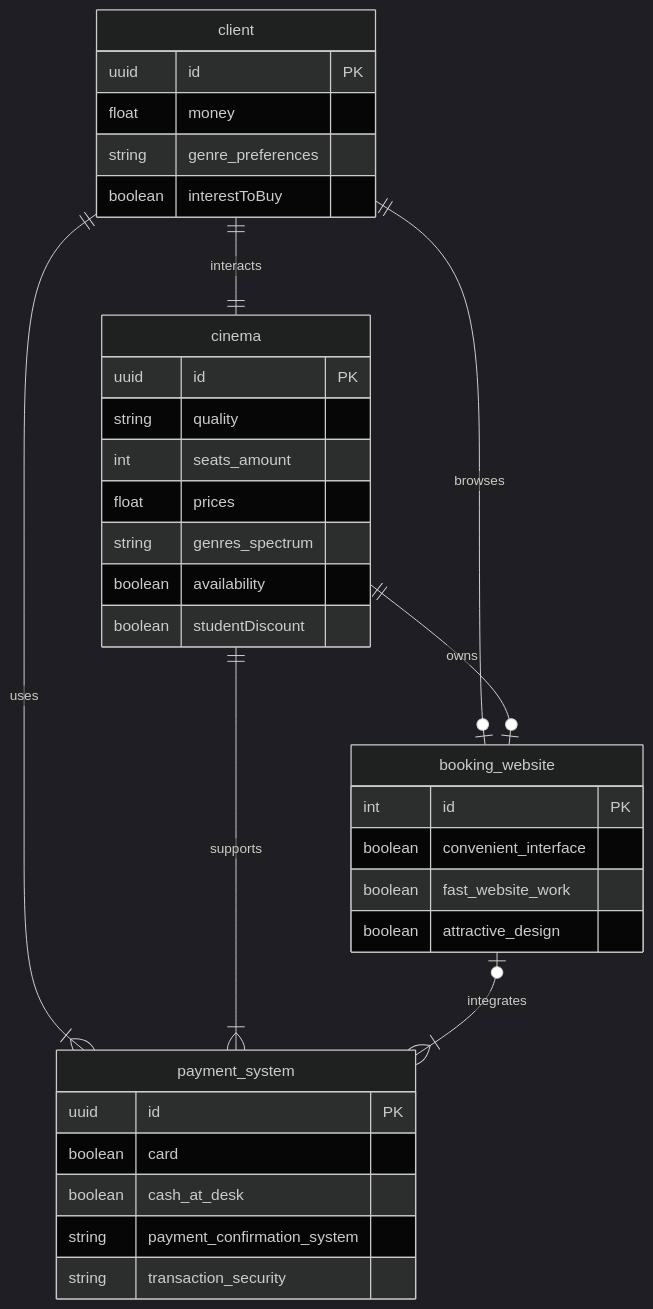
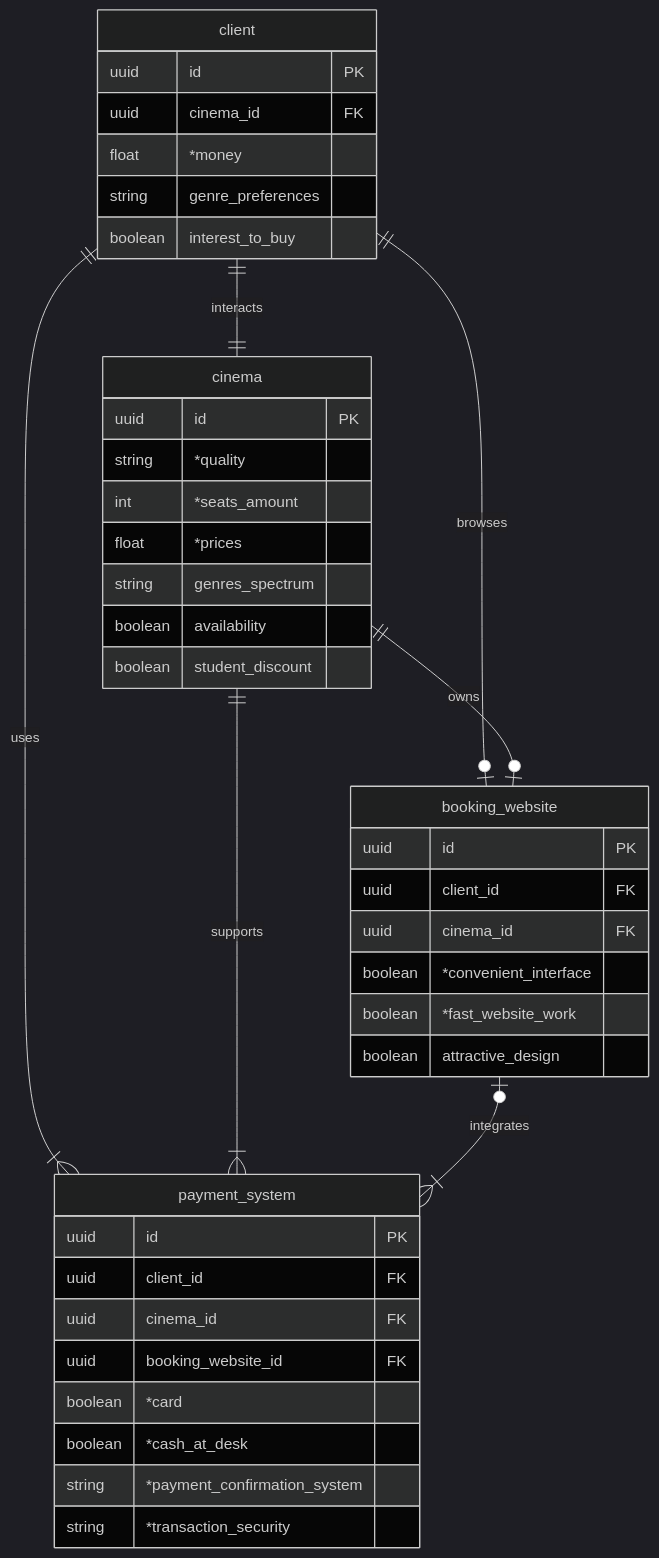
One commit to Cheburek534/KPI2_labs changed the diagram in Lab1/model.mmd. Above: the diagram before and after it, drawn with Mermaid (dark theme).

Commit message:
Updated ER-model(AI)

```diff
--- a/Lab1/model.mmd
+++ b/Lab1/model.mmd
@@ -1,36 +1,42 @@
 erDiagram
     client ||--|| cinema : interacts
+    client ||--o| booking_website : browses
+    cinema ||--o| booking_website : owns
     client ||--|{ payment_system : uses
-    client ||--o| booking_website : browses
     cinema ||--|{ payment_system : supports
-    cinema ||--o| booking_website : owns
     booking_website o|--|{ payment_system : integrates
 
     client {
         uuid id PK
-        float money
+        uuid cinema_id FK
+        float *money
         string genre_preferences
-        boolean interestToBuy
+        boolean interest_to_buy
     }
     cinema {
         uuid id PK
-        string quality
-        int seats_amount
-        float prices
+        string *quality
+        int *seats_amount
+        float *prices
         string genres_spectrum
         boolean availability
-        boolean studentDiscount
+        boolean student_discount
     }
     payment_system {
         uuid id PK
-        boolean card
-        boolean cash_at_desk
-        string payment_confirmation_system
-        string transaction_security
+        uuid client_id FK
+        uuid cinema_id FK
+        uuid booking_website_id FK
+        boolean *card
+        boolean *cash_at_desk
+        string *payment_confirmation_system
+        string *transaction_security
     }
     booking_website {
-        int id PK
-        boolean convenient_interface
-        boolean fast_website_work
+        uuid id PK
+        uuid client_id FK
+        uuid cinema_id FK
+        boolean *convenient_interface
+        boolean *fast_website_work
         boolean attractive_design
     }
```
